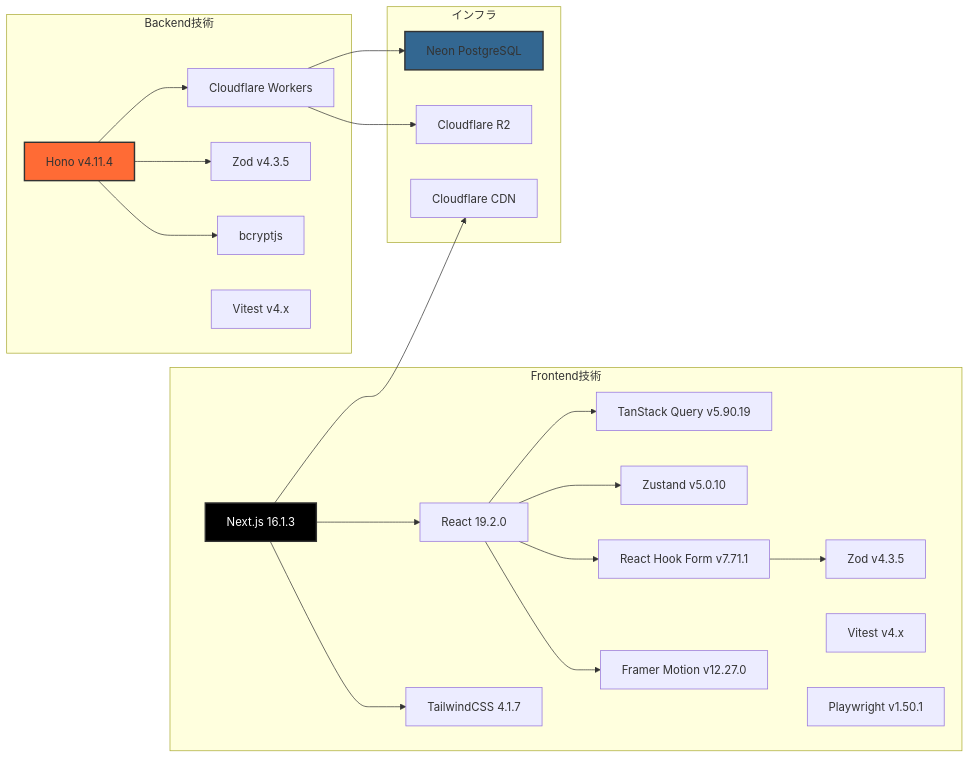
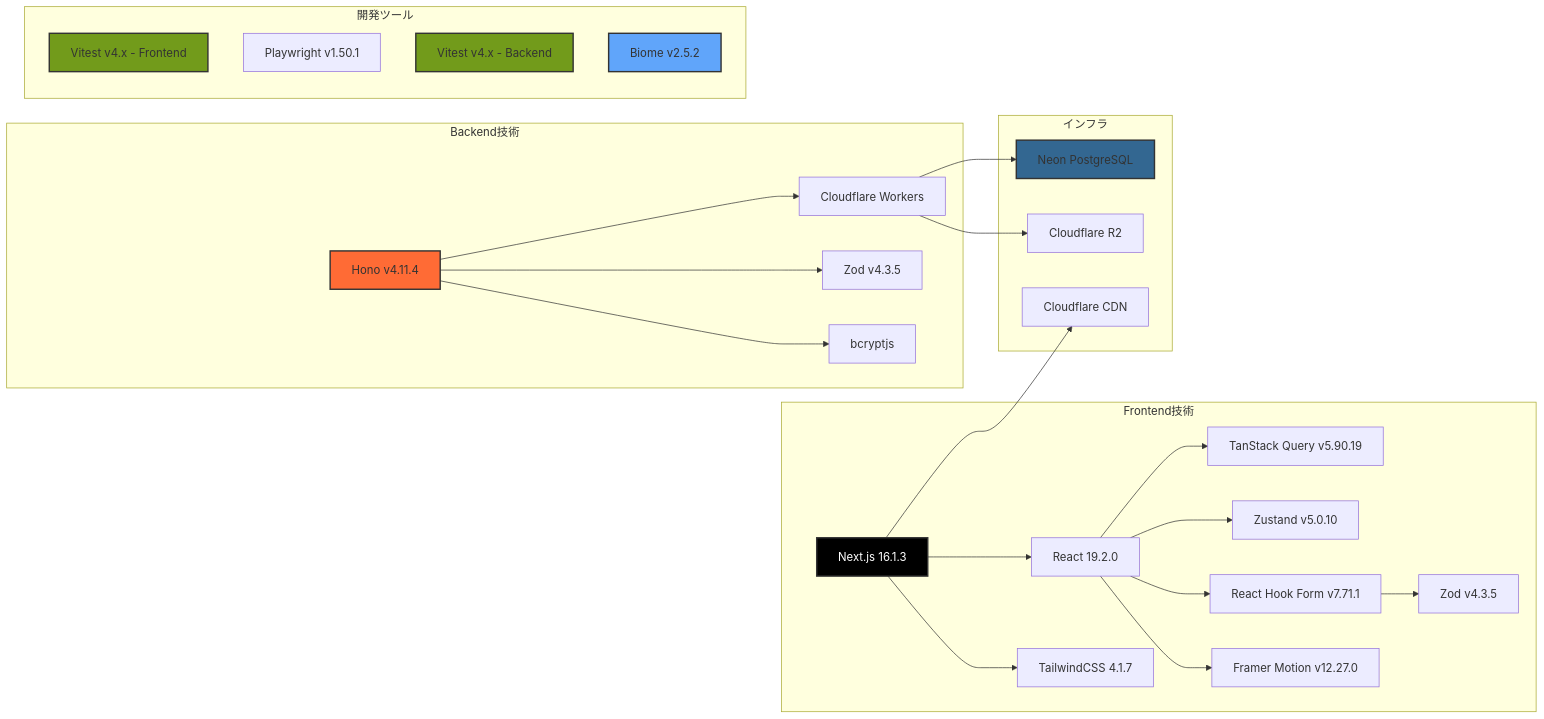
The fourth of 4 diagrams in README.md (ProjectEuropa/Europa), drawn with Mermaid before and after one commit.

Commit message:
docs: READMEを更新

````diff
--- a/README.md
+++ b/README.md
@@ -163,49 +163,56 @@
 ```mermaid
 graph LR
     subgraph "Frontend技術"
         NextJS[Next.js 16.1.3]
         React[React 19.2.0]
         TailwindCSS[TailwindCSS 4.1.7]
         TanStack[TanStack Query v5.90.19]
         Zustand[Zustand v5.0.10]
         RHF[React Hook Form v7.71.1]
         ZodFE[Zod v4.3.5]
         Framer[Framer Motion v12.27.0]
-        VitestFE[Vitest v4.x]
-        PlaywrightFE[Playwright v1.50.1]
     end
 
     subgraph "Backend技術"
         Hono[Hono v4.11.4]
         Workers[Cloudflare Workers]
         Zod[Zod v4.3.5]
         Bcrypt[bcryptjs]
-        VitestBE[Vitest v4.x]
     end
 
     subgraph "インフラ"
         Neon[Neon PostgreSQL]
         R2[Cloudflare R2]
         CF[Cloudflare CDN]
+    end
+
+    subgraph "開発ツール"
+        VitestFE[Vitest v4.x - Frontend]
+        PlaywrightFE[Playwright v1.50.1]
+        VitestBE[Vitest v4.x - Backend]
+        Biome[Biome v2.5.2]
     end
 
     NextJS --> React
     NextJS --> TailwindCSS
     React --> TanStack
     React --> Zustand
     React --> RHF
     RHF --> ZodFE
     React --> Framer
 
     Hono --> Workers
     Hono --> Zod
     Hono --> Bcrypt
 
     Workers --> Neon
     Workers --> R2
     NextJS --> CF
 
     style NextJS fill:#000,color:#fff,stroke:#333,stroke-width:2px
     style Hono fill:#ff6b35,stroke:#333,stroke-width:2px
     style Neon fill:#336791,stroke:#333,stroke-width:2px
+    style VitestFE fill:#729b1b,stroke:#333,stroke-width:2px
+    style VitestBE fill:#729b1b,stroke:#333,stroke-width:2px
+    style Biome fill:#60a5fa,stroke:#333,stroke-width:2px
 ```
````
